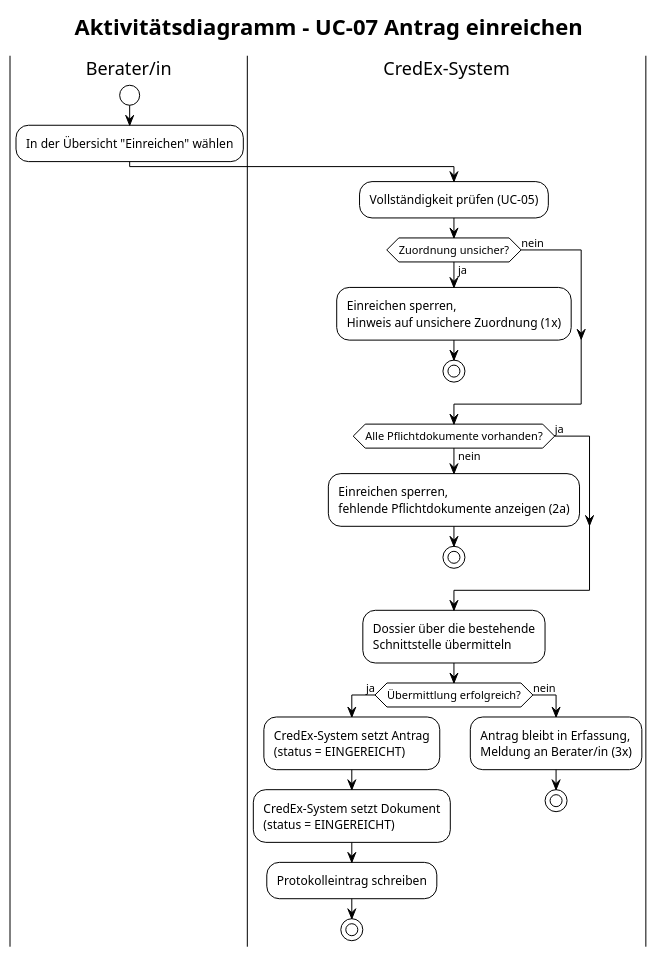
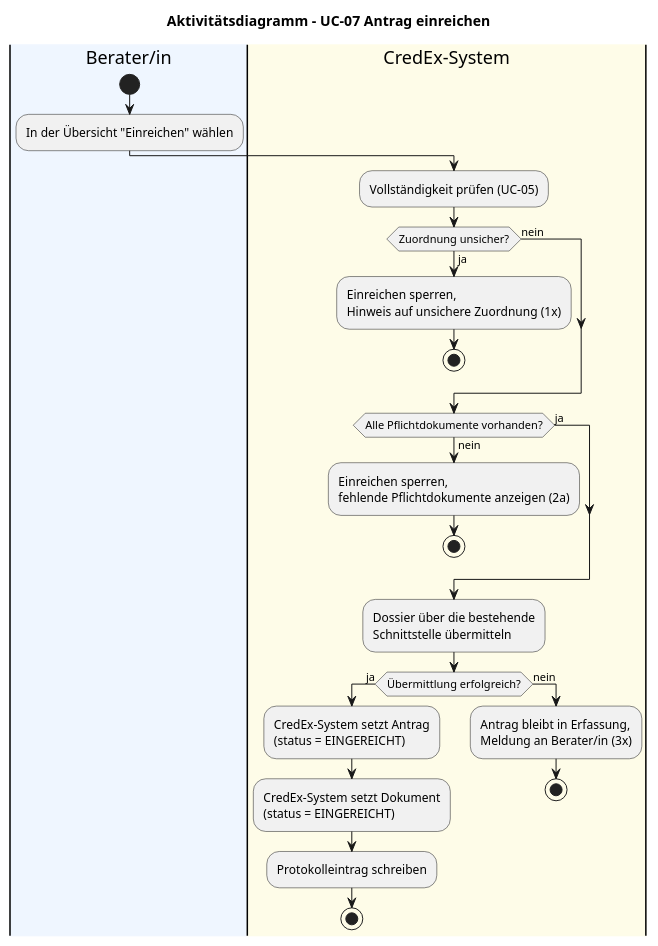
One commit to chocobear26/credex-cas changed the diagram in content/use_case/antrag_einreichen/antragEinreichen.puml. Above: the diagram before and after it, drawn with PlantUML. The commit also changed 43 other files, not shown here.

First line of the commit message:
v1.1 Lesbarere Diagramme: PlantUML-Stil, Soll-Prozess als BPMN, Systemkontext in D2

```diff
--- a/content/use_case/antrag_einreichen/antragEinreichen.puml
+++ b/content/use_case/antrag_einreichen/antragEinreichen.puml
@@ -1,30 +1,29 @@
 @startuml antragEinreichen
-!theme plain
 title Aktivitätsdiagramm – UC-07 Antrag einreichen
-|Berater/in|
+|#EFF6FF|Berater/in|
 start
 :In der Übersicht "Einreichen" wählen;
-|CredEx-System|
+|#FEFCE8|CredEx-System|
 :Vollständigkeit prüfen (UC-05);
 if (Zuordnung unsicher?) then (ja)
   :Einreichen sperren,\nHinweis auf unsichere Zuordnung (1x);
   stop
 else (nein)
 endif
 if (Alle Pflichtdokumente vorhanden?) then (nein)
   :Einreichen sperren,\nfehlende Pflichtdokumente anzeigen (2a);
   stop
 else (ja)
 endif
 :Dossier über die bestehende\nSchnittstelle übermitteln;
 if (Übermittlung erfolgreich?) then (ja)
   :CredEx-System setzt Antrag\n(status = EINGEREICHT);
   :CredEx-System setzt Dokument\n(status = EINGEREICHT);
   :Protokolleintrag schreiben;
   stop
 else (nein)
   :Antrag bleibt in Erfassung,\nMeldung an Berater/in (3x);
   stop
 endif
 
 @enduml
```
